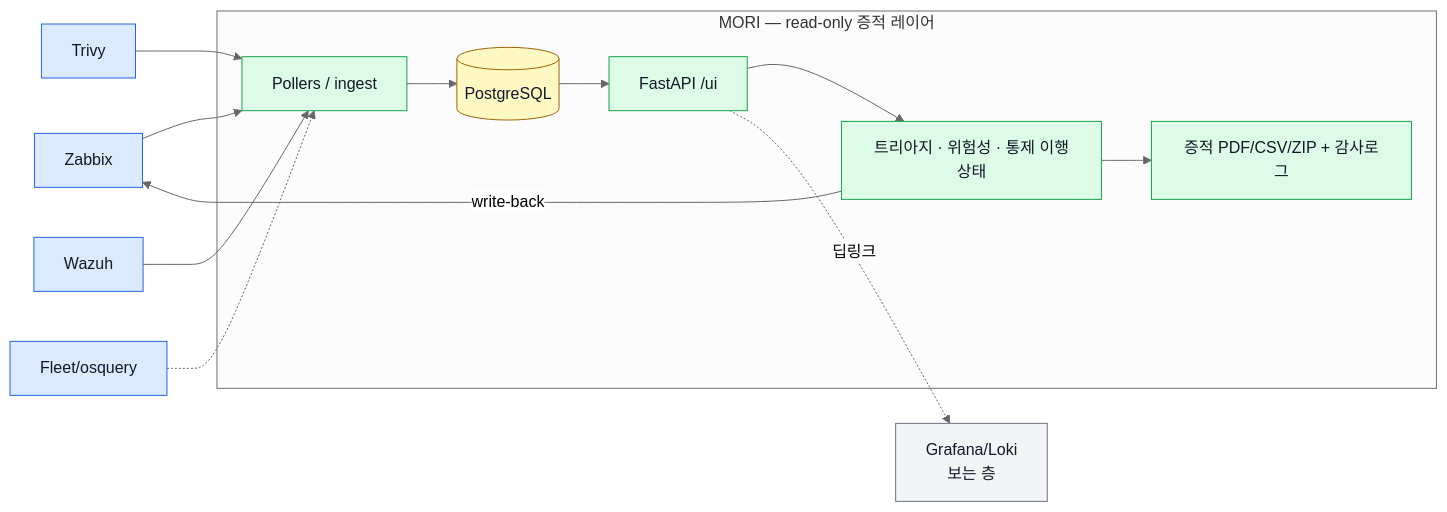
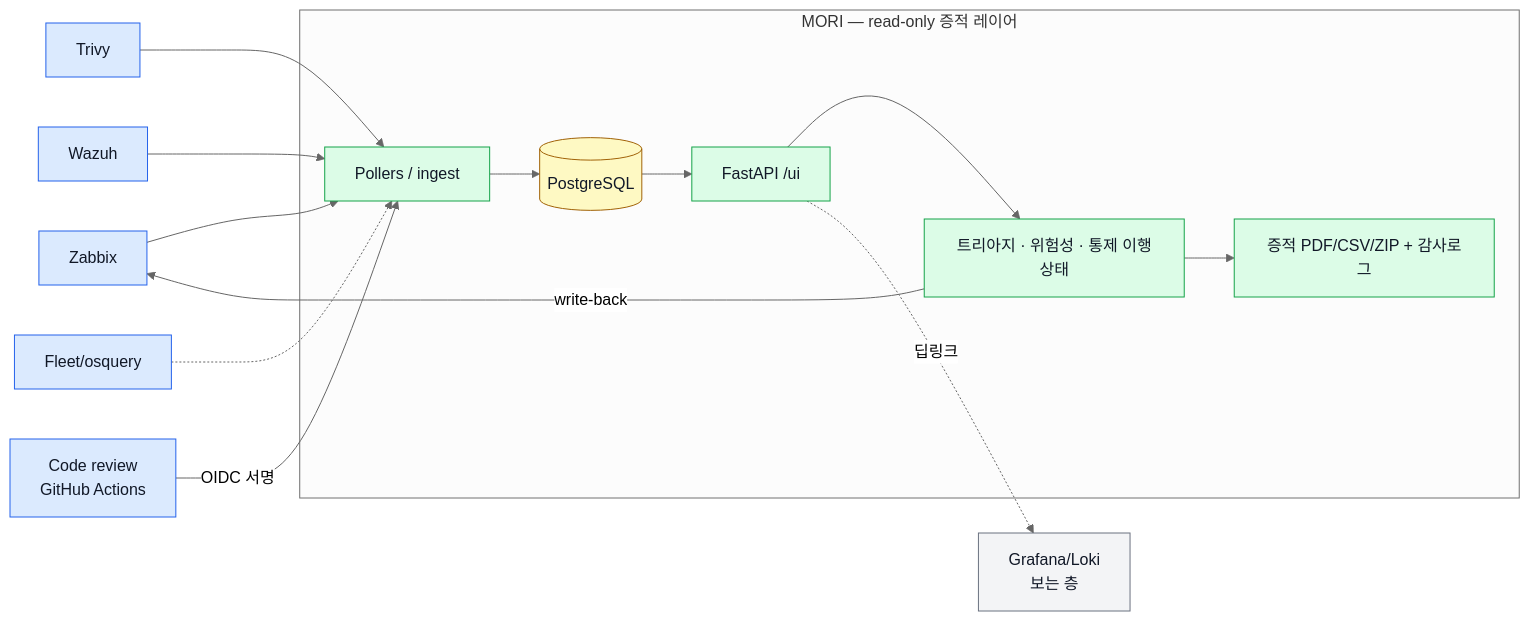
One commit to saranf/mori-soc changed the diagram in README.ko.md. Above: the diagram before and after it, drawn with Mermaid (neutral theme). The commit also changed other lines of this file and 2 other files, not shown here.

First line of the commit message:
docs(code-review): README(한/영)에 코드 보안 리뷰 증적 소스 반영 + 정본 문서 추가

````diff
--- a/README.ko.md
+++ b/README.ko.md
@@ -47,17 +47,18 @@
 ```mermaid
 flowchart LR
     ZBX[Zabbix]:::s --> POLL
     TRV[Trivy]:::s --> POLL
     WZ[Wazuh]:::s --> POLL
     FLEET[Fleet/osquery]:::s -.-> POLL
+    CR[Code review<br/>GitHub Actions]:::s -->|OIDC 서명| POLL
     subgraph MORI["MORI — read-only 증적 레이어"]
         POLL[Pollers / ingest]:::m --> DB[(PostgreSQL)]:::db --> API[FastAPI /ui]:::m
         API --> J[트리아지 · 위험성 · 통제 이행상태]:::m --> E[증적 PDF/CSV/ZIP + 감사로그]:::m
     end
     API -.->|딥링크| GRAF[Grafana/Loki<br/>보는 층]:::v
     J -->|write-back| ZBX
     classDef s fill:#dbeafe,stroke:#2563eb,color:#111827
     classDef m fill:#dcfce7,stroke:#16a34a,color:#111827
     classDef db fill:#fef9c3,stroke:#a16207,color:#111827
     classDef v fill:#f3f4f6,stroke:#6b7280,color:#111827
 ```
````
